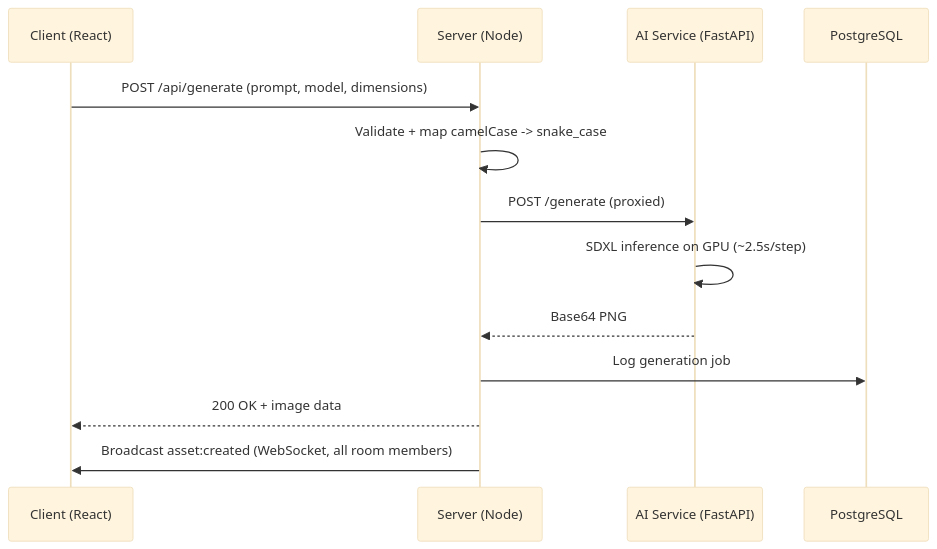
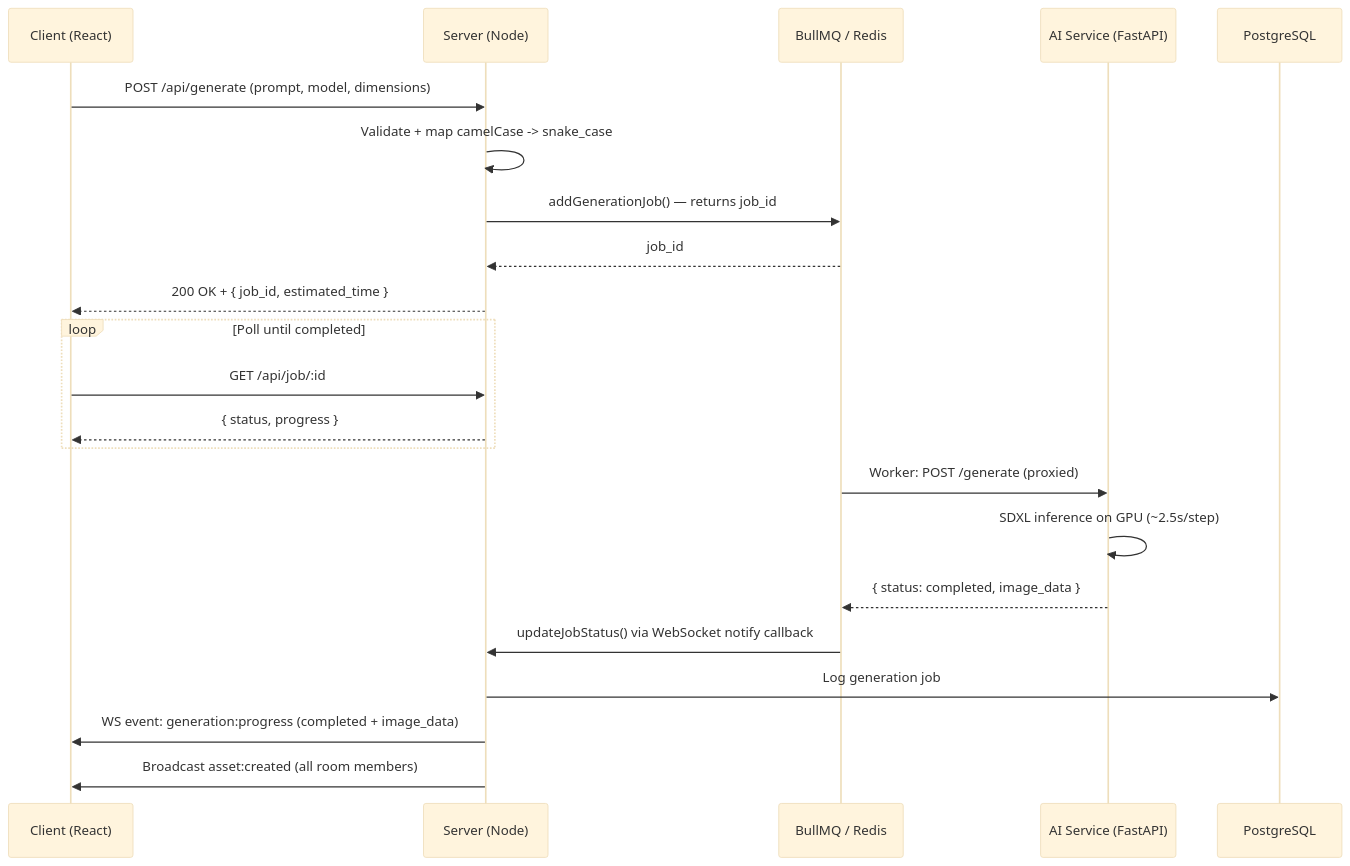
Before and after one commit to GuchaIll/Concept.io: the second of 4 diagrams in Readme.MD, drawn with Mermaid (base theme). The commit also changed other lines of this file, not shown here.

````diff
--- a/Readme.MD
+++ b/Readme.MD
@@ -114,16 +172,27 @@
 ```mermaid
 sequenceDiagram
     participant C as Client (React)
     participant S as Server (Node)
+    participant Q as BullMQ / Redis
     participant AI as AI Service (FastAPI)
     participant DB as PostgreSQL
 
     C->>S: POST /api/generate (prompt, model, dimensions)
     S->>S: Validate + map camelCase -> snake_case
-    S->>AI: POST /generate (proxied)
+    S->>Q: addGenerationJob() — returns job_id
+    Q-->>S: job_id
+    S-->>C: 200 OK + { job_id, estimated_time }
+
+    loop Poll until completed
+        C->>S: GET /api/job/:id
+        S-->>C: { status, progress }
+    end
+
+    Q->>AI: Worker: POST /generate (proxied)
     AI->>AI: SDXL inference on GPU (~2.5s/step)
-    AI-->>S: Base64 PNG
+    AI-->>Q: { status: completed, image_data }
+    Q->>S: updateJobStatus() via WebSocket notify callback
     S->>DB: Log generation job
-    S-->>C: 200 OK + image data
-    S->>C: Broadcast asset:created (WebSocket, all room members)
+    S->>C: WS event: generation:progress (completed + image_data)
+    S->>C: Broadcast asset:created (all room members)
 ```
````
